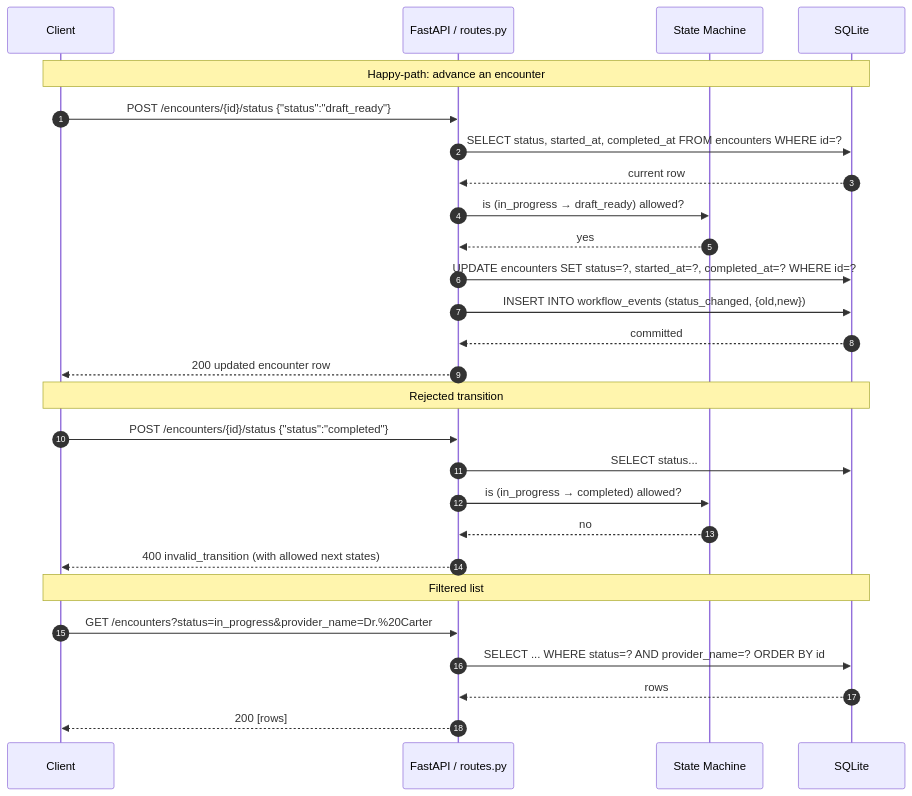
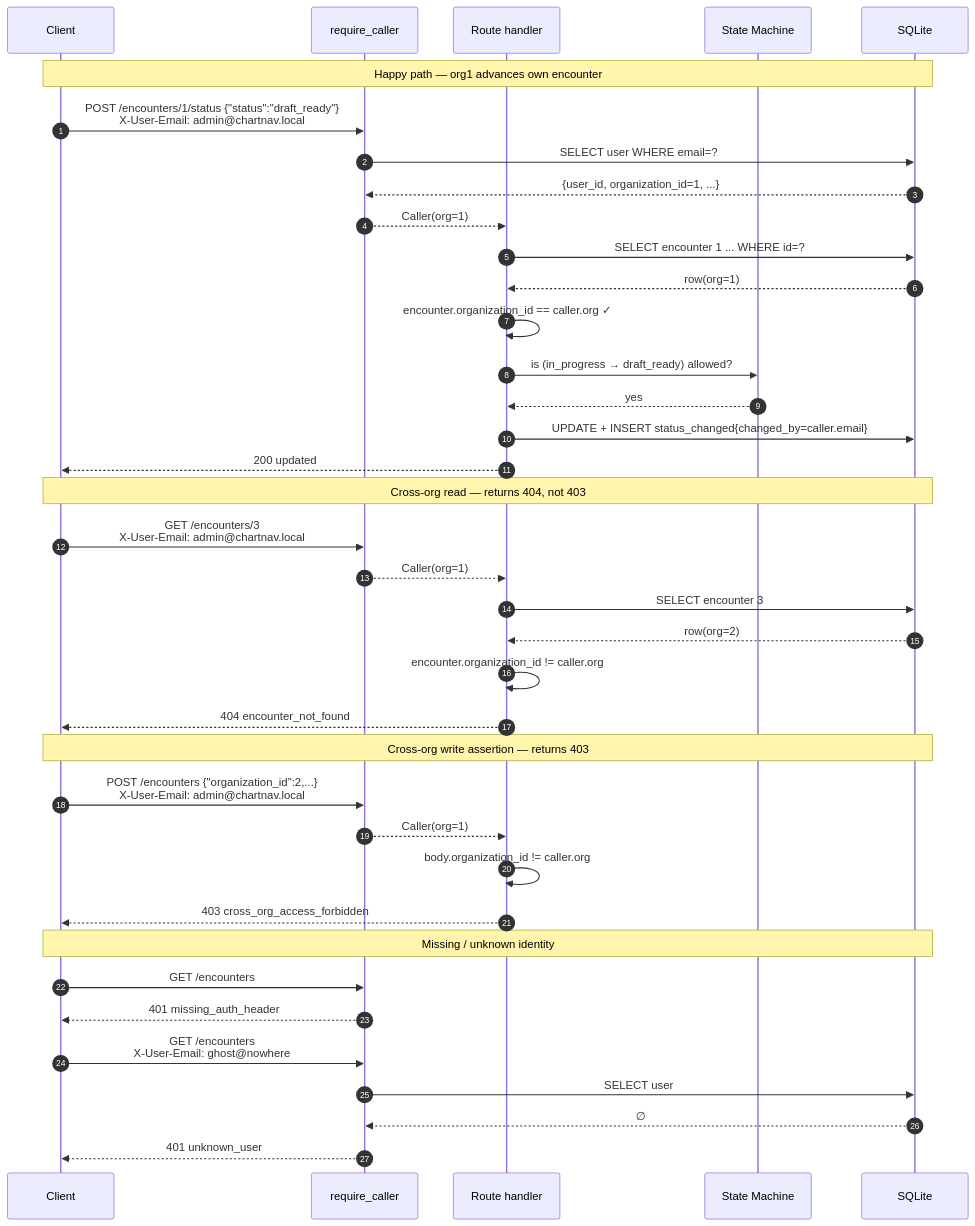
The diagram in docs/diagrams/api-data-flow.md (thekidd2227/chartnav-platform), drawn with Mermaid before and after one commit. The commit also changed 13 other files, not shown here.

````diff
--- a/docs/diagrams/api-data-flow.md
+++ b/docs/diagrams/api-data-flow.md
@@ -3,32 +3,44 @@
 ```mermaid
 sequenceDiagram
   autonumber
   participant C as Client
-  participant A as FastAPI / routes.py
+  participant Auth as require_caller
+  participant R as Route handler
   participant SM as State Machine
   participant DB as SQLite
 
-  Note over C,DB: Happy-path: advance an encounter
-  C->>A: POST /encounters/{id}/status {"status":"draft_ready"}
-  A->>DB: SELECT status, started_at, completed_at FROM encounters WHERE id=?
-  DB-->>A: current row
-  A->>SM: is (in_progress → draft_ready) allowed?
-  SM-->>A: yes
-  A->>DB: UPDATE encounters SET status=?, started_at=?, completed_at=? WHERE id=?
-  A->>DB: INSERT INTO workflow_events (status_changed, {old,new})
-  DB-->>A: committed
-  A-->>C: 200 updated encounter row
+  Note over C,DB: Happy path — org1 advances own encounter
+  C->>Auth: POST /encounters/1/status {"status":"draft_ready"}<br/>X-User-Email: admin@chartnav.local
+  Auth->>DB: SELECT user WHERE email=?
+  DB-->>Auth: {user_id, organization_id=1, ...}
+  Auth-->>R: Caller(org=1)
+  R->>DB: SELECT encounter 1 ... WHERE id=?
+  DB-->>R: row(org=1)
+  R->>R: encounter.organization_id == caller.org ✓
+  R->>SM: is (in_progress → draft_ready) allowed?
+  SM-->>R: yes
+  R->>DB: UPDATE + INSERT status_changed{changed_by=caller.email}
+  R-->>C: 200 updated
 
-  Note over C,DB: Rejected transition
-  C->>A: POST /encounters/{id}/status {"status":"completed"}
-  A->>DB: SELECT status...
-  A->>SM: is (in_progress → completed) allowed?
-  SM-->>A: no
-  A-->>C: 400 invalid_transition (with allowed next states)
+  Note over C,DB: Cross-org read — returns 404, not 403
+  C->>Auth: GET /encounters/3<br/>X-User-Email: admin@chartnav.local
+  Auth-->>R: Caller(org=1)
+  R->>DB: SELECT encounter 3
+  DB-->>R: row(org=2)
+  R->>R: encounter.organization_id != caller.org
+  R-->>C: 404 encounter_not_found
 
-  Note over C,DB: Filtered list
-  C->>A: GET /encounters?status=in_progress&provider_name=Dr.%20Carter
-  A->>DB: SELECT ... WHERE status=? AND provider_name=? ORDER BY id
-  DB-->>A: rows
-  A-->>C: 200 [rows]
+  Note over C,DB: Cross-org write assertion — returns 403
+  C->>Auth: POST /encounters {"organization_id":2,...}<br/>X-User-Email: admin@chartnav.local
+  Auth-->>R: Caller(org=1)
+  R->>R: body.organization_id != caller.org
+  R-->>C: 403 cross_org_access_forbidden
+
+  Note over C,DB: Missing / unknown identity
+  C->>Auth: GET /encounters
+  Auth-->>C: 401 missing_auth_header
+  C->>Auth: GET /encounters<br/>X-User-Email: ghost@nowhere
+  Auth->>DB: SELECT user
+  DB-->>Auth: ∅
+  Auth-->>C: 401 unknown_user
 ```
````
